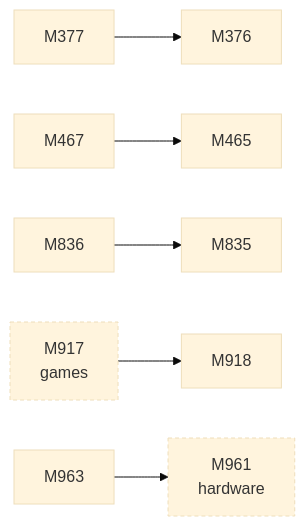
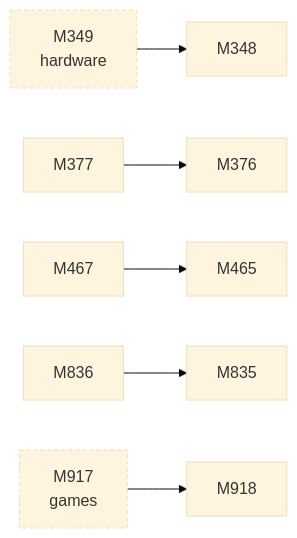
The fourth of 4 diagrams in docs/facts/graphs/kmd.md (D-Ogi/amdgpu-wddm), drawn with Mermaid (base theme) before and after one commit. The commit also changed 10 other files, not shown here.

````diff
--- a/docs/facts/graphs/kmd.md
+++ b/docs/facts/graphs/kmd.md
@@ -346,20 +348,20 @@
 ```mermaid
 flowchart LR
+  M348["M348"]
+  M349["M349<br/>hardware"]
   M376["M376"]
   M377["M377"]
   M465["M465"]
   M467["M467"]
   M835["M835"]
   M836["M836"]
   M917["M917<br/>games"]
   M918["M918"]
-  M961["M961<br/>hardware"]
-  M963["M963"]
+  M349 --> M348
   M377 --> M376
   M467 --> M465
   M836 --> M835
-  M963 --> M961
   M917 --> M918
   classDef other stroke-dasharray:4 3
-  class M917,M961 other
+  class M349,M917 other
 ```
````
